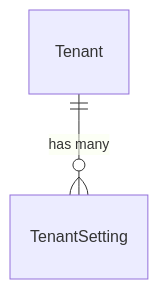
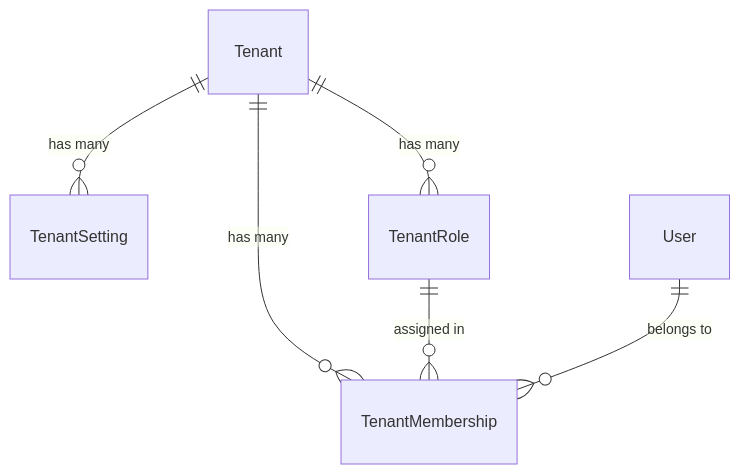
One commit to camercadop/drf-enterprise-information-platform changed the diagram in apps/tenants/README.md. Above: the diagram before and after it, drawn with Mermaid. The commit also changed other lines of this file and 8 other files, not shown here.

````diff
--- a/apps/tenants/README.md
+++ b/apps/tenants/README.md
@@ -40,4 +40,8 @@
 ```mermaid
 erDiagram
     Tenant ||--o{ TenantSetting : "has many"
+    Tenant ||--o{ TenantRole : "has many"
+    Tenant ||--o{ TenantMembership : "has many"
+    TenantRole ||--o{ TenantMembership : "assigned in"
+    User ||--o{ TenantMembership : "belongs to"
 ```
````
